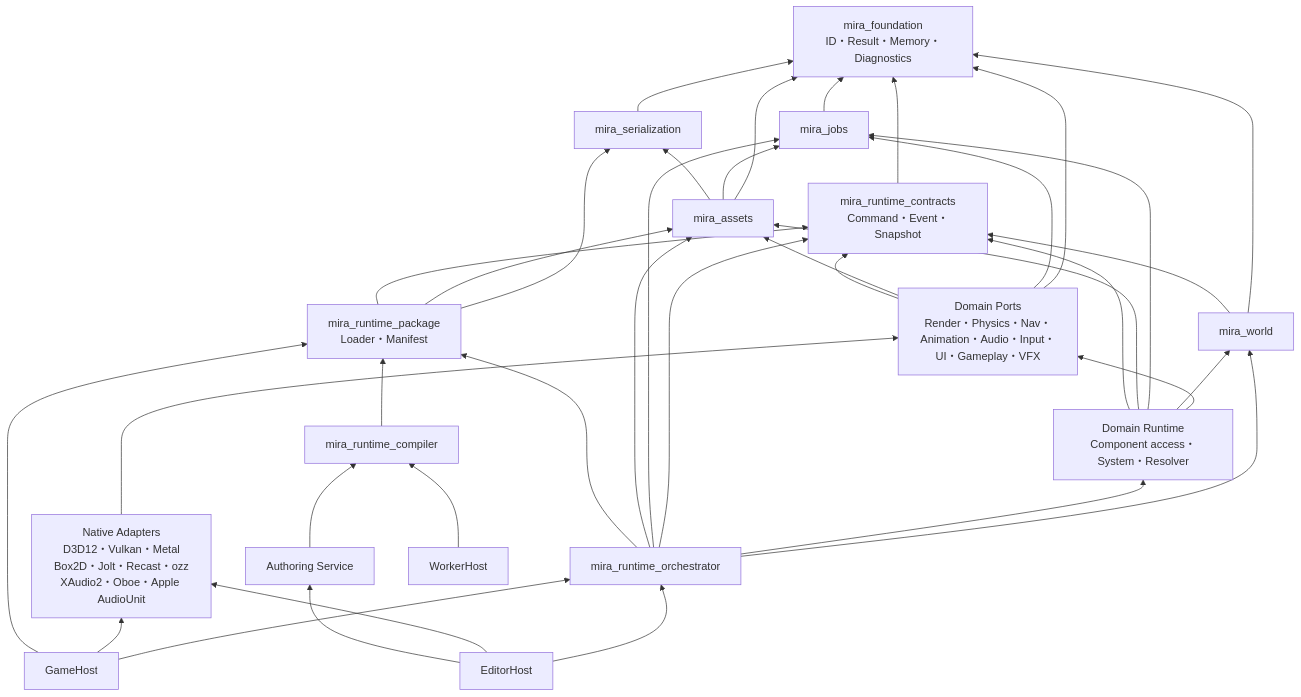
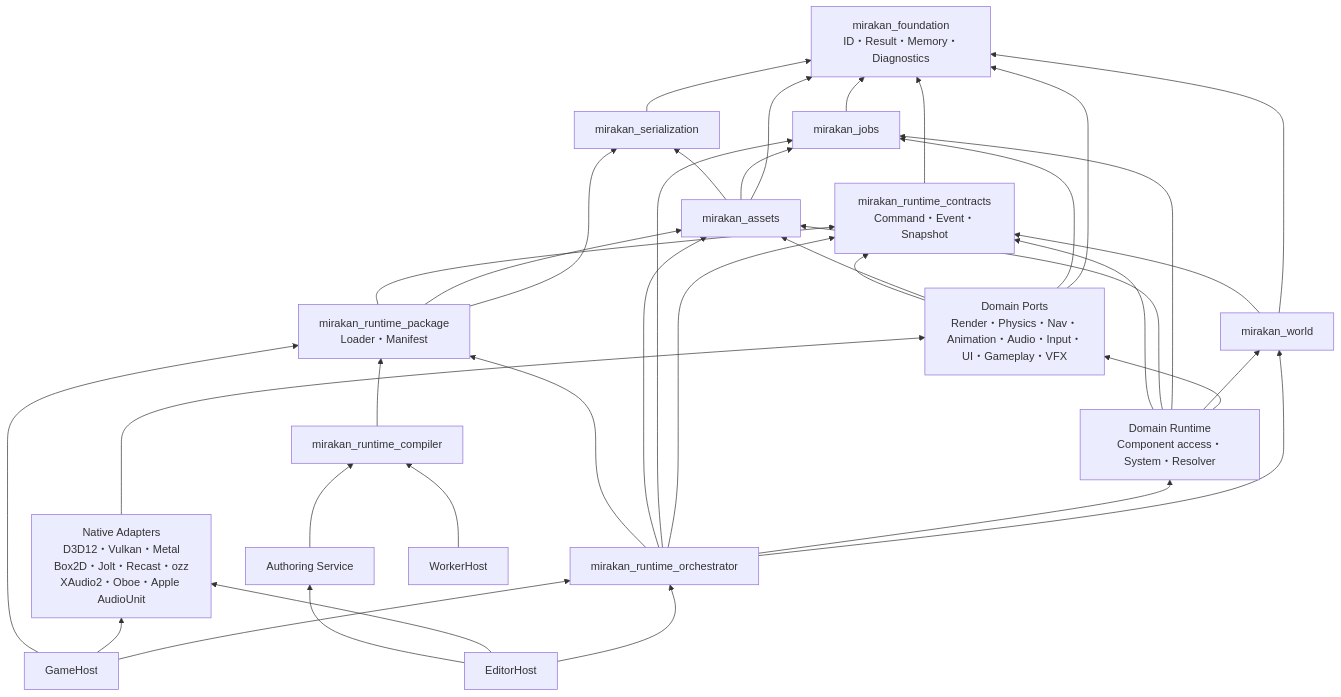
Before and after one commit to y2ikgm89/miraikanai-engine: the first of 2 diagrams in docs/superpowers/specs/2026-07-19-runtime-integration-lifetime-performance-design.md, drawn with Mermaid. The commit also changed other lines of this file and 47 other files, not shown here.

````diff
--- a/docs/superpowers/specs/2026-07-19-runtime-integration-lifetime-performance-design.md
+++ b/docs/superpowers/specs/2026-07-19-runtime-integration-lifetime-performance-design.md
@@ -97,56 +111,56 @@
 ```mermaid
 flowchart BT
-  Foundation["mira_foundation\nID・Result・Memory・Diagnostics"]
-  Jobs["mira_jobs"]
-  Serialization["mira_serialization"]
-  Assets["mira_assets"]
-  Contracts["mira_runtime_contracts\nCommand・Event・Snapshot"]
-  World["mira_world"]
+  Foundation["mirakan_foundation\nID・Result・Memory・Diagnostics"]
+  Jobs["mirakan_jobs"]
+  Serialization["mirakan_serialization"]
+  Assets["mirakan_assets"]
+  Contracts["mirakan_runtime_contracts\nCommand・Event・Snapshot"]
+  World["mirakan_world"]
   Ports["Domain Ports\nRender・Physics・Nav・Animation・Audio・Input・UI・Gameplay・VFX"]
   DomainRuntime["Domain Runtime\nComponent access・System・Resolver"]
   Adapters["Native Adapters\nD3D12・Vulkan・Metal\nBox2D・Jolt・Recast・ozz\nXAudio2・Oboe・Apple AudioUnit"]
-  Orchestrator["mira_runtime_orchestrator"]
-  Package["mira_runtime_package\nLoader・Manifest"]
-  Compiler["mira_runtime_compiler"]
+  Orchestrator["mirakan_runtime_orchestrator"]
+  Package["mirakan_runtime_package\nLoader・Manifest"]
+  Compiler["mirakan_runtime_compiler"]
   Authoring["Authoring Service"]
   EditorHost["EditorHost"]
   GameHost["GameHost"]
   WorkerHost["WorkerHost"]
 
   Jobs --> Foundation
   Serialization --> Foundation
   Assets --> Foundation
   Assets --> Jobs
   Assets --> Serialization
   Contracts --> Foundation
   World --> Foundation
   World --> Contracts
   Ports --> Foundation
   Ports --> Jobs
   Ports --> Assets
   Ports --> Contracts
   DomainRuntime --> Ports
   DomainRuntime --> World
   DomainRuntime --> Jobs
   DomainRuntime --> Assets
   DomainRuntime --> Contracts
   Adapters --> Ports
   Orchestrator --> World
   Orchestrator --> DomainRuntime
   Orchestrator --> Contracts
   Orchestrator --> Jobs
   Orchestrator --> Assets
   Orchestrator --> Package
   Package --> Serialization
   Package --> Assets
   Package --> Contracts
   Compiler --> Package
   Authoring --> Compiler
   EditorHost --> Orchestrator
   EditorHost --> Adapters
   EditorHost --> Authoring
   GameHost --> Orchestrator
   GameHost --> Adapters
   GameHost --> Package
   WorkerHost --> Compiler
 ```
````
